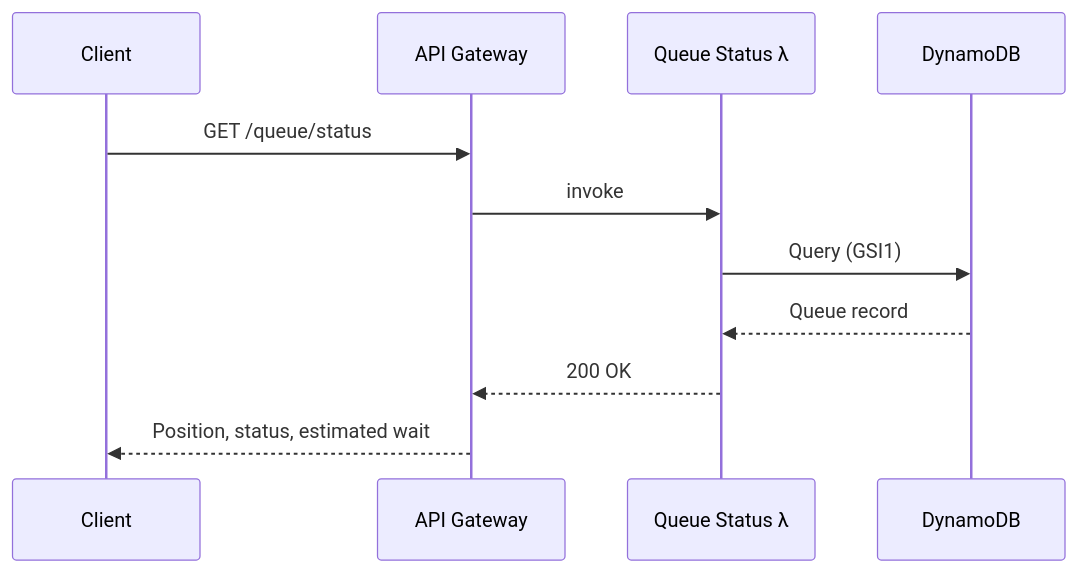
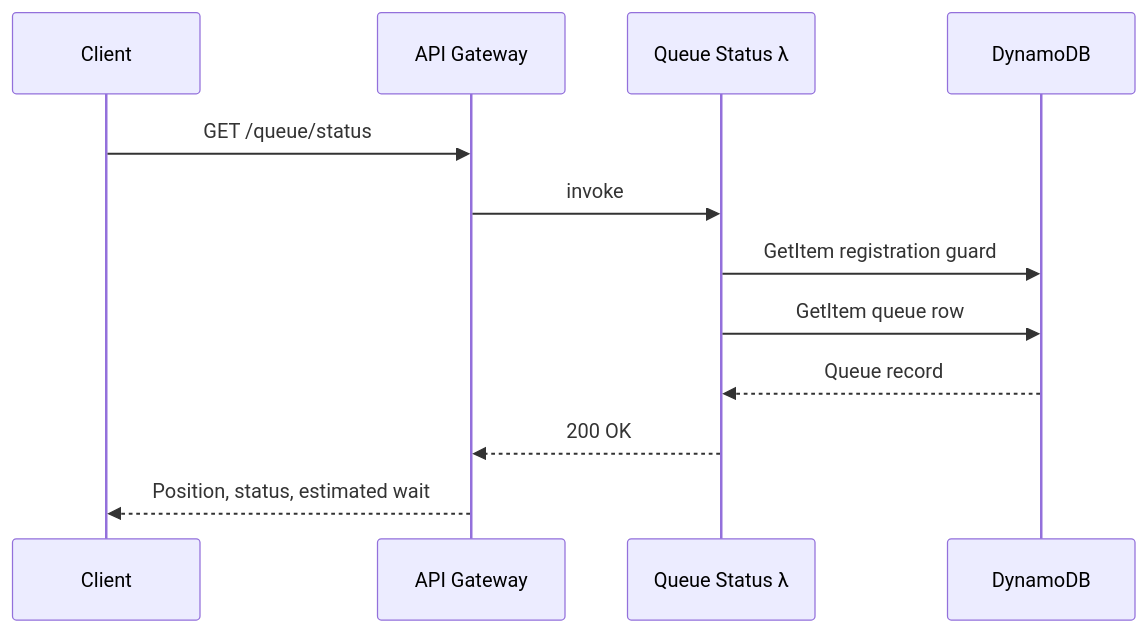
One commit to Afffan16/football-virtual-waiting-room changed the third of 5 diagrams in docs/07-system-architecture.md. Above: the diagram before and after it, drawn with Mermaid. The commit also changed other lines of this file and 38 other files, not shown here.

````diff
--- a/docs/07-system-architecture.md
+++ b/docs/07-system-architecture.md
@@ -159,13 +173,14 @@
 ```mermaid
 sequenceDiagram
     participant C as Client
     participant AG as API Gateway
     participant L as Queue Status λ
     participant D as DynamoDB
     C->>AG: GET /queue/status
     AG->>L: invoke
-    L->>D: Query (GSI1)
+    L->>D: GetItem registration guard
+    L->>D: GetItem queue row
     D-->>L: Queue record
     L-->>AG: 200 OK
     AG-->>C: Position, status, estimated wait
 ```
````
